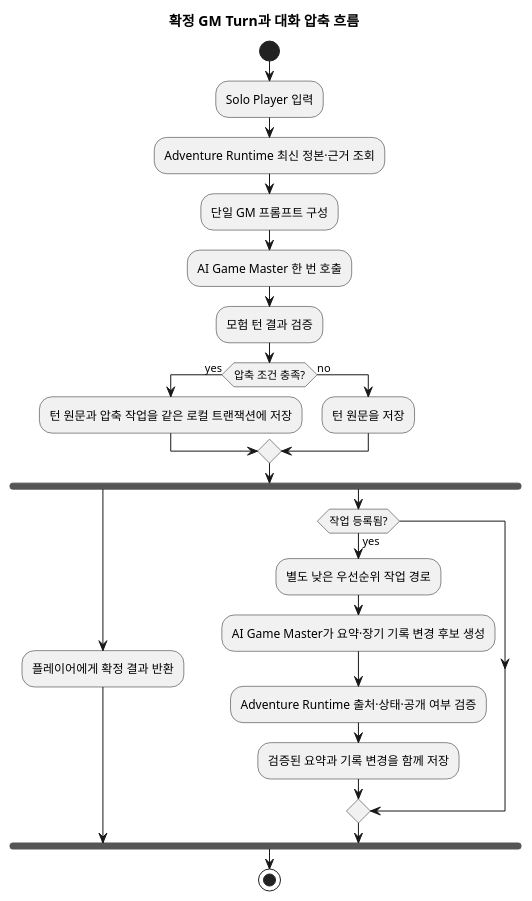
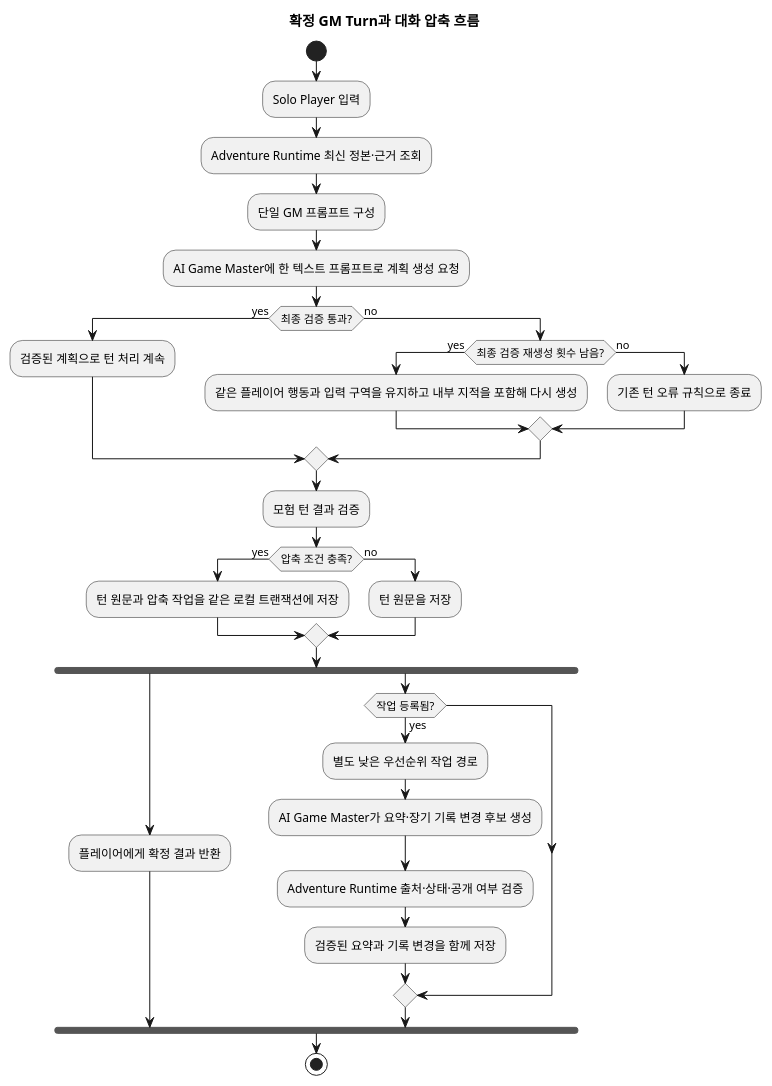
The first of 3 diagrams in docs/specs/gm-context-compaction/architecture-spec.md (omegafrog/dnd-master), drawn with PlantUML before and after one commit. The commit also changed other lines of this file and 7 other files, not shown here.

````diff
--- a/docs/specs/gm-context-compaction/architecture-spec.md
+++ b/docs/specs/gm-context-compaction/architecture-spec.md
@@ -33,27 +33,36 @@
 ```plantuml
 @startuml
  title 확정 GM Turn과 대화 압축 흐름
  start
  :Solo Player 입력;
  :Adventure Runtime 최신 정본·근거 조회;
  :단일 GM 프롬프트 구성;
- :AI Game Master 한 번 호출;
+   :AI Game Master에 한 텍스트 프롬프트로 계획 생성 요청;
+   if (최종 검증 통과?) then (yes)
+     :검증된 계획으로 턴 처리 계속;
+   else (no)
+     if (최종 검증 재생성 횟수 남음?) then (yes)
+       :같은 플레이어 행동과 입력 구역을 유지하고 내부 지적을 포함해 다시 생성;
+     else (no)
+       :기존 턴 오류 규칙으로 종료;
+     endif
+   endif
  :모험 턴 결과 검증;
  if (압축 조건 충족?) then (yes)
    :턴 원문과 압축 작업을 같은 로컬 트랜잭션에 저장;
  else (no)
    :턴 원문을 저장;
  endif
  fork
    :플레이어에게 확정 결과 반환;
  fork again
    if (작업 등록됨?) then (yes)
      :별도 낮은 우선순위 작업 경로;
      :AI Game Master가 요약·장기 기록 변경 후보 생성;
      :Adventure Runtime 출처·상태·공개 여부 검증;
      :검증된 요약과 기록 변경을 함께 저장;
    endif
  end fork
  stop
 @enduml
 ```
````
